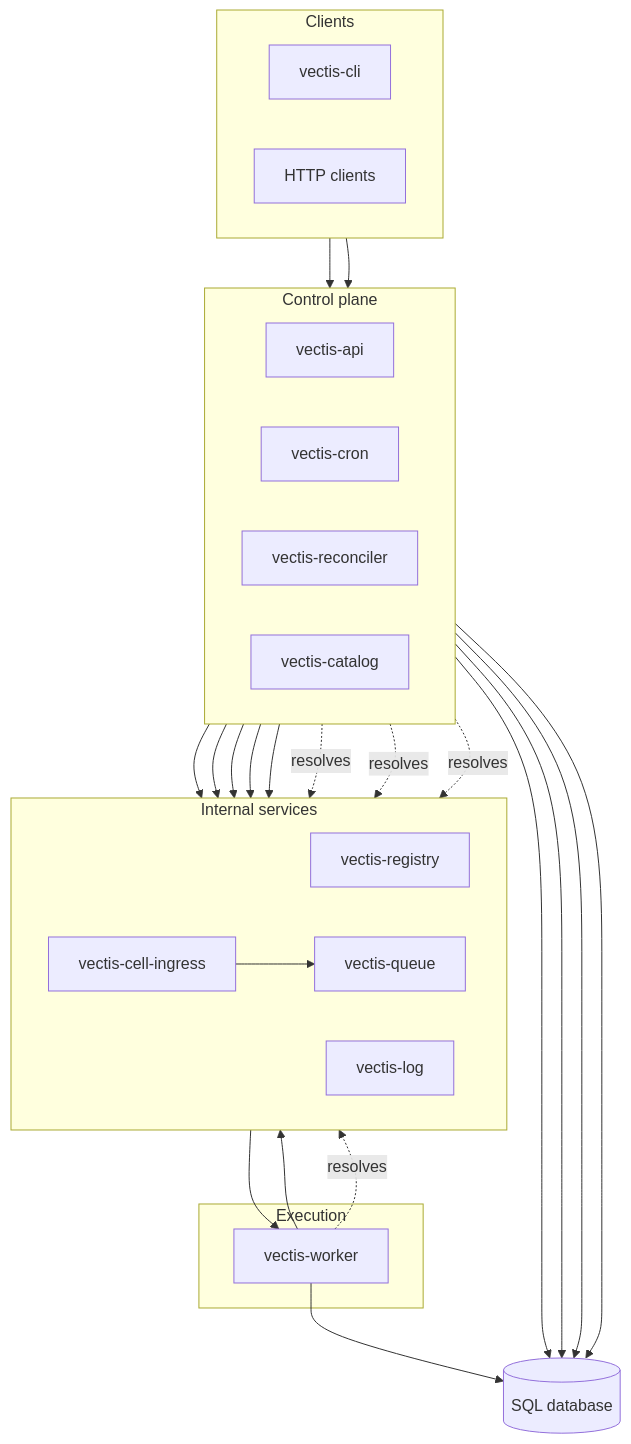
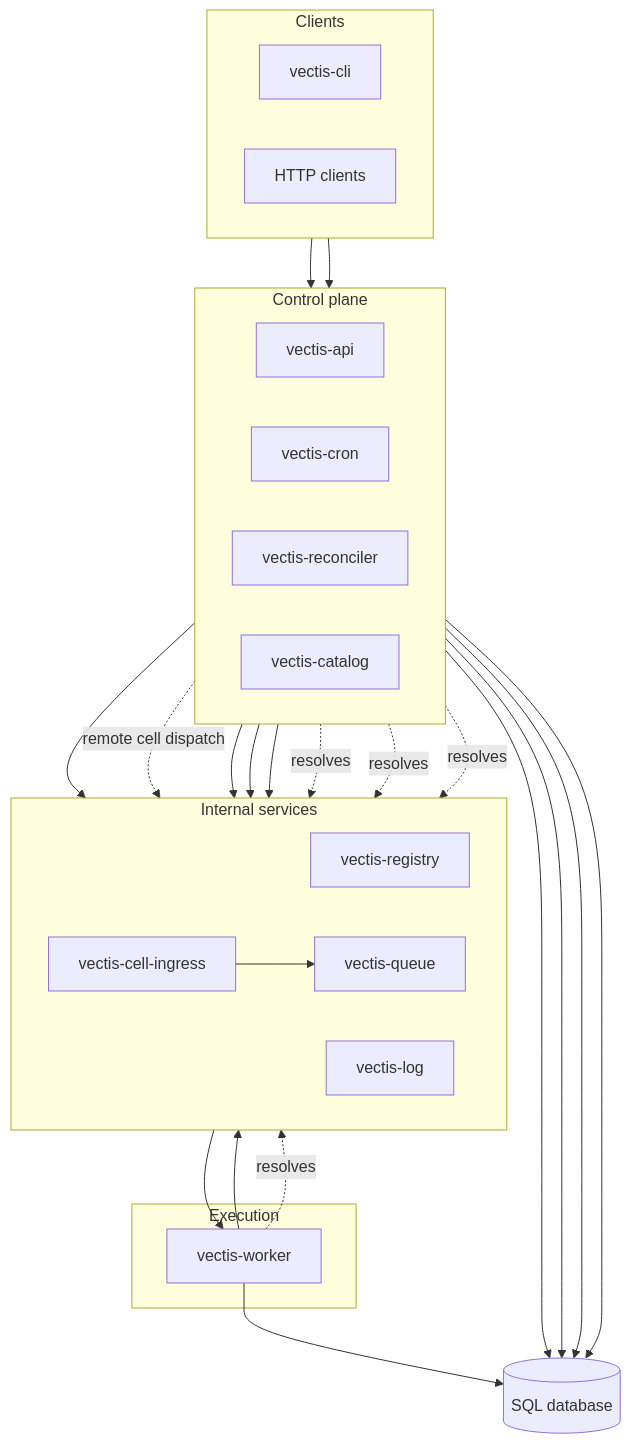
One commit to garrett-s-wininger/vectis changed the diagram in website/docs/concepts/architecture.md. Above: the diagram before and after it, drawn with Mermaid. The commit also changed other lines of this file and 13 other files, not shown here.

````diff
--- a/website/docs/concepts/architecture.md
+++ b/website/docs/concepts/architecture.md
@@ -38,54 +38,54 @@
 ```mermaid
 flowchart TB
   subgraph edge [Clients]
     direction LR
     CLI["vectis-cli"]
     HTTP["HTTP clients"]
   end
 
   subgraph control [Control plane]
     direction LR
     API["vectis-api"]
     CRON["vectis-cron"]
     REC["vectis-reconciler"]
     CAT["vectis-catalog"]
   end
 
   subgraph internal [Internal services]
     direction LR
     REG["vectis-registry"]
     CING["vectis-cell-ingress"]
     Q["vectis-queue"]
     LOG["vectis-log"]
   end
 
   subgraph execute [Execution]
     W["vectis-worker"]
   end
 
   DB[("SQL database")]
 
   CLI --> API
   HTTP --> API
 
   API --> DB
   CRON --> DB
   REC --> DB
   CAT --> DB
   W --> DB
 
   API --> Q
-  API --> CING
+  API -. remote cell dispatch .-> CING
   CING --> Q
   CRON --> Q
   REC --> Q
   Q --> W
 
   W --> LOG
   API --> LOG
 
   API -. resolves .-> REG
   CRON -. resolves .-> REG
   REC -. resolves .-> REG
   W -. resolves .-> REG
 ```
````
